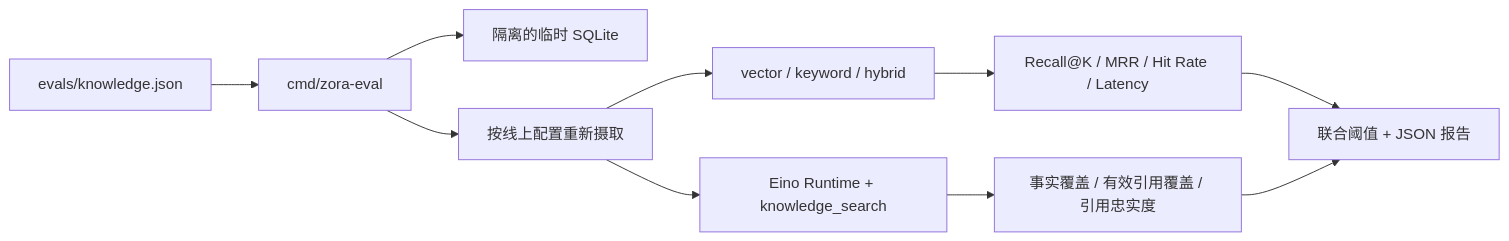
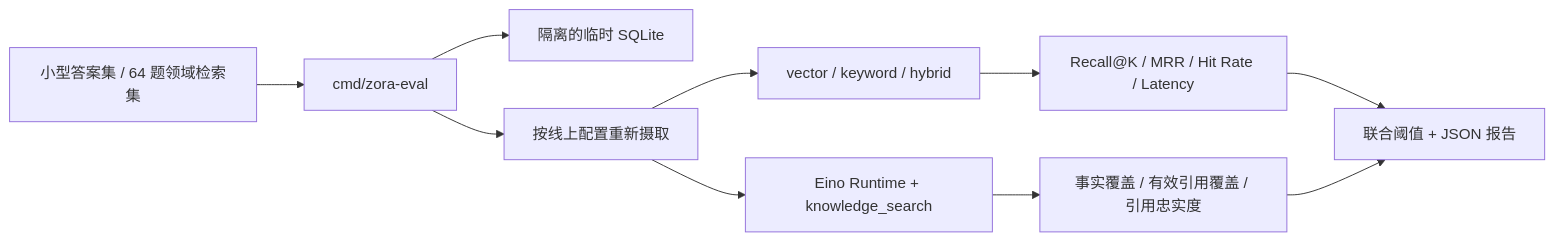
The fifth of 9 diagrams in docs/technical-design.md (zora-DD/zora), drawn with Mermaid before and after one commit. The commit also changed other lines of this file and 35 other files, not shown here.

````diff
--- a/docs/technical-design.md
+++ b/docs/technical-design.md
@@ -544,12 +551,12 @@
 ```mermaid
 flowchart LR
-    Dataset["evals/knowledge.json"] --> CLI["cmd/zora-eval"]
+    Dataset["小型答案集 / 64 题领域检索集"] --> CLI["cmd/zora-eval"]
     CLI --> TempDB["隔离的临时 SQLite"]
     CLI --> Ingest["按线上配置重新摄取"]
     Ingest --> Modes["vector / keyword / hybrid"]
     Modes --> RetrievalMetrics["Recall@K / MRR / Hit Rate / Latency"]
     Ingest --> Runtime["Eino Runtime + knowledge_search"]
     Runtime --> AnswerMetrics["事实覆盖 / 有效引用覆盖 / 引用忠实度"]
     RetrievalMetrics --> Gate["联合阈值 + JSON 报告"]
     AnswerMetrics --> Gate
 ```
````
